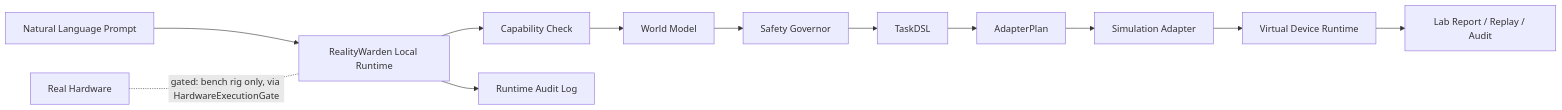
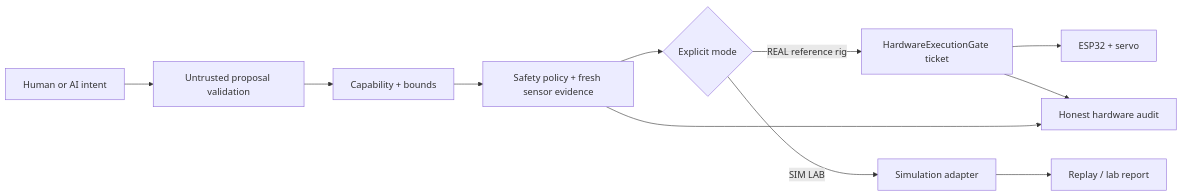
One commit to ZqiEE/open-reality-studio changed the diagram in README.md. Above: the diagram before and after it, drawn with Mermaid. The commit also changed other lines of this file and 29 other files, not shown here.

````diff
--- a/README.md
+++ b/README.md
@@ -80,27 +83,13 @@
 ```mermaid
 flowchart LR
-  A["Natural Language Prompt"]
-  B["RealityWarden Local Runtime"]
-  B1["Capability Check"]
-  B2["World Model"]
-  B3["Safety Governor"]
-  B4["TaskDSL"]
-  B5["AdapterPlan"]
-  B6["Runtime Audit Log"]
-  C["Simulation Adapter"]
-  D["Virtual Device Runtime"]
-  E["Lab Report / Replay / Audit"]
-  X["Real Hardware"]
-
-  A --> B
-  B --> B1
-  B1 --> B2
-  B2 --> B3
-  B3 --> B4
-  B4 --> B5
-  B5 --> C
-  B --> B6
-  C --> D
-  D --> E
-  X -. gated: bench rig only, via HardwareExecutionGate .- B
+  A["Human or AI intent"] --> V["Untrusted proposal validation"]
+  V --> C["Capability + bounds"]
+  C --> S["Safety policy + fresh sensor evidence"]
+  S --> D{"Explicit mode"}
+  D -->|"REAL reference rig"| G["HardwareExecutionGate ticket"]
+  G --> H["ESP32 + servo"]
+  D -->|"SIM LAB"| L["Simulation adapter"]
+  L --> R["Replay / lab report"]
+  G --> A1["Honest hardware audit"]
+  S --> A1
 ```
````
